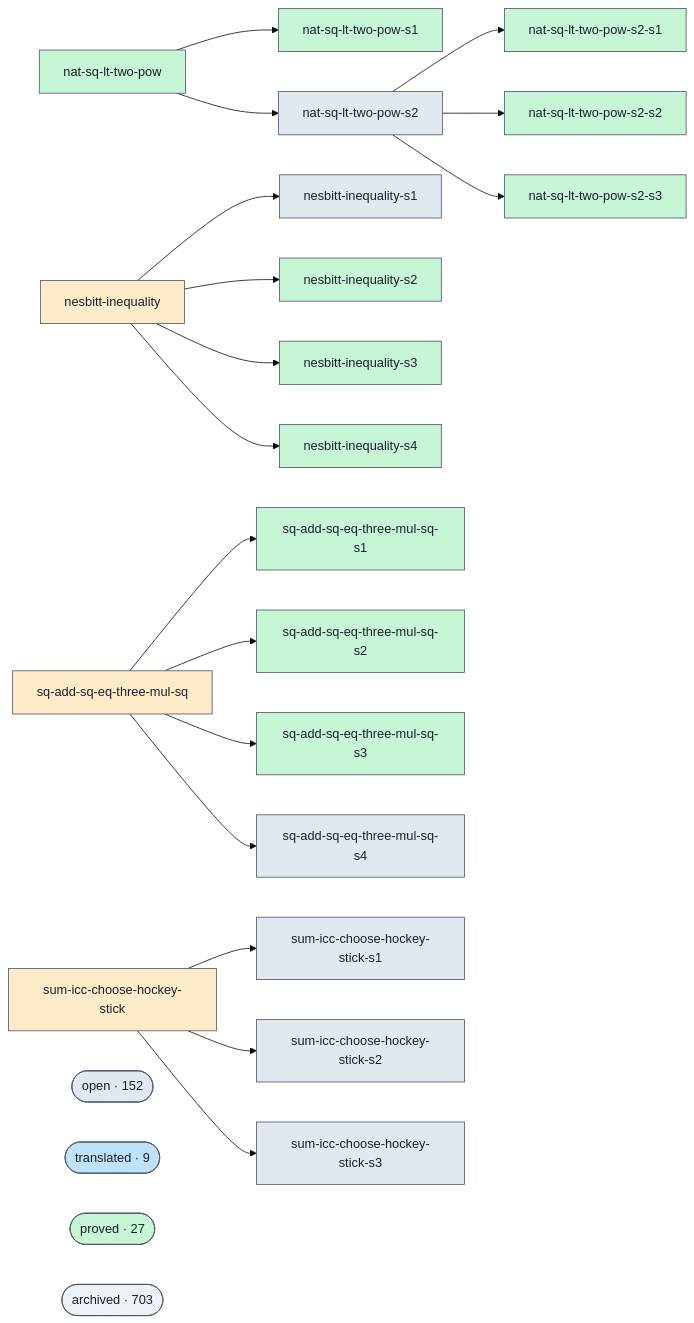
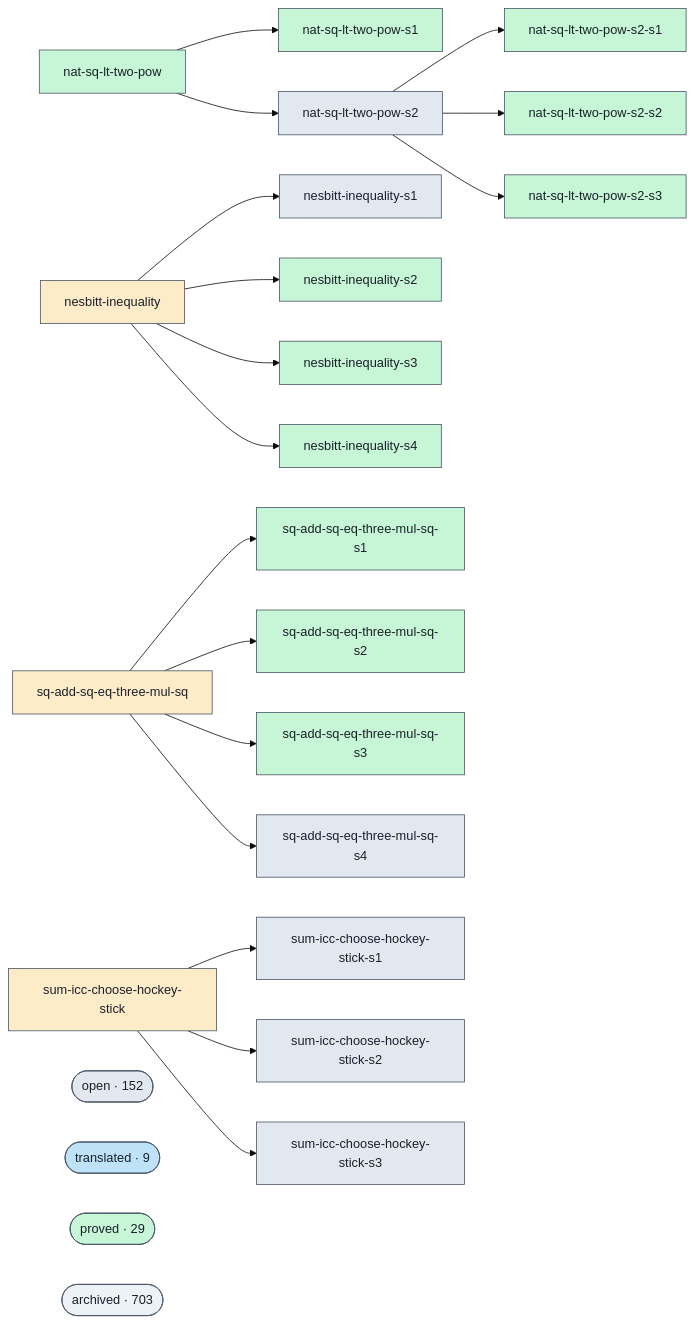
One commit to Rauxon/unsorry changed the diagram in docs/proofs-contributors-visualisation.md. Above: the diagram before and after it, drawn with Mermaid (base theme). The commit also changed other lines of this file and 2 other files, not shown here.

```diff
--- a/docs/proofs-contributors-visualisation.md
+++ b/docs/proofs-contributors-visualisation.md
@@ -102,7 +102,7 @@
   class cluster_open open;
   cluster_translated(["translated · 9"])
   class cluster_translated translated;
-  cluster_proved(["proved · 27"])
+  cluster_proved(["proved · 29"])
   class cluster_proved proved;
   cluster_archived(["archived · 703"])
   class cluster_archived unknown;
```
